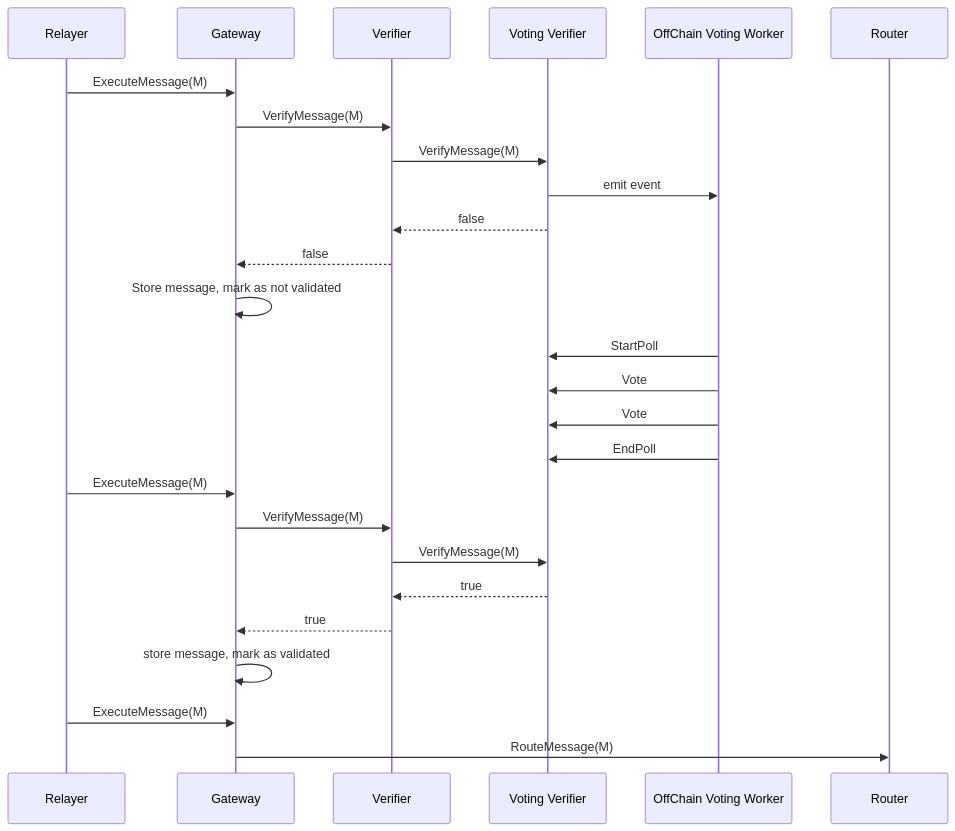
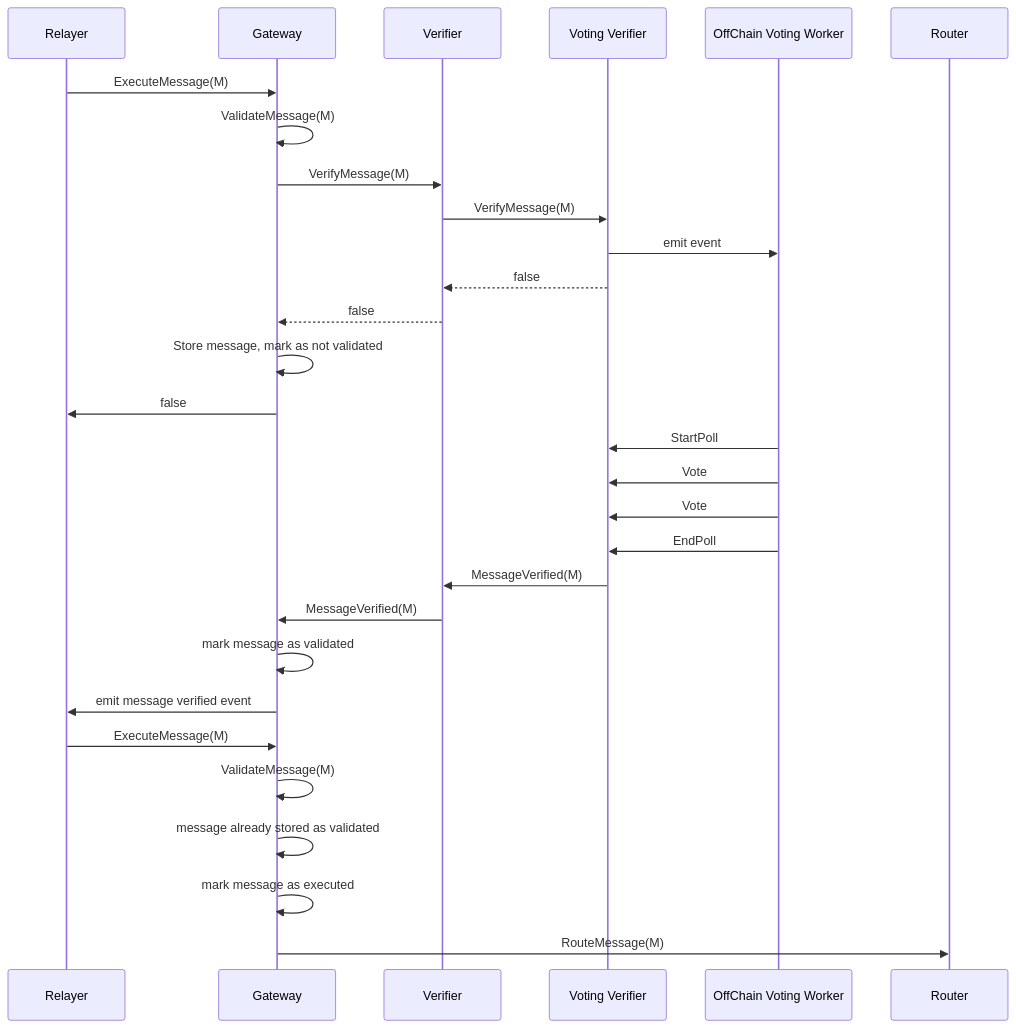
The fourth of 18 diagrams in README.md (axelarnetwork/axelar-amplifier), drawn with Mermaid before and after one commit. The commit also changed other lines of this file, not shown here.

````diff
--- a/README.md
+++ b/README.md
@@ -145,31 +122,36 @@
 ```mermaid
 sequenceDiagram
     participant Relayer
     participant Gateway
     participant Verifier
     participant Voting Verifier
     participant OffChain Voting Worker
     participant Router
     Relayer->>Gateway: ExecuteMessage(M)
+    Gateway->>Gateway: ValidateMessage(M)
     Gateway->>Verifier: VerifyMessage(M)
     Verifier->>Voting Verifier: VerifyMessage(M)
     Voting Verifier->>OffChain Voting Worker: emit event
     Voting Verifier-->>Verifier: false
     Verifier-->>Gateway: false
     Gateway->>Gateway: Store message, mark as not validated
+    Gateway->>Relayer: false
     OffChain Voting Worker->>Voting Verifier: StartPoll
     OffChain Voting Worker->>Voting Verifier: Vote
     OffChain Voting Worker->>Voting Verifier: Vote
     OffChain Voting Worker->>Voting Verifier: EndPoll
 
 
-    Relayer->>Gateway: ExecuteMessage(M)
-    Gateway->>Verifier: VerifyMessage(M)
-    Verifier->>Voting Verifier: VerifyMessage(M)
-    Voting Verifier-->>Verifier: true
-    Verifier-->>Gateway: true
-    Gateway->>Gateway: store message, mark as validated
+    Voting Verifier->>Verifier: MessageVerified(M)
+    Verifier->>Gateway: MessageVerified(M)
+    Gateway->>Gateway: mark message as validated
+    Gateway->>Relayer: emit message verified event
+
+
 
     Relayer->>Gateway: ExecuteMessage(M)
+    Gateway->>Gateway: ValidateMessage(M)
+    Gateway->>Gateway: message already stored as validated
+    Gateway->>Gateway: mark message as executed
     Gateway->>Router: RouteMessage(M)
 ```
````
